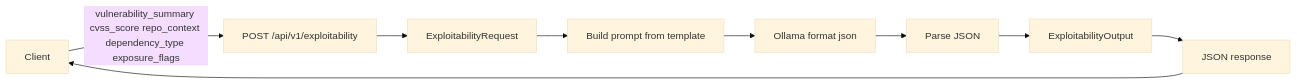
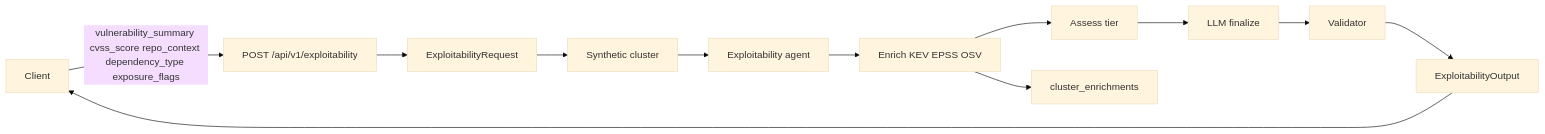
Before and after one commit to protektiq/helion: the sixth of 8 diagrams in data_flow_diagram.md, drawn with Mermaid (base theme). The commit also changed other lines of this file and 26 other files, not shown here.

Commit message:
upgrade exploitability reasoning into a tool-using AI agent that grounds outputs in real signals (KEV/EPSS/OSV/etc.)

````diff
--- a/data_flow_diagram.md
+++ b/data_flow_diagram.md
@@ -148,19 +160,25 @@
 ```mermaid
 flowchart LR
   Client[Client]
   POST[POST /api/v1/exploitability]
   Req[ExploitabilityRequest]
-  Tmpl[Build prompt from template]
-  Ollama[Ollama format json]
-  Parse[Parse JSON]
-  Validate[ExploitabilityOutput]
-  Out[JSON response]
+  Synthetic[Synthetic cluster]
+  Agent[Exploitability agent]
+  Enrich[Enrich KEV EPSS OSV]
+  Assess[Assess tier]
+  LLM[LLM finalize]
+  Validate[Validator]
+  Store[cluster_enrichments]
+  Out[ExploitabilityOutput]
   Client -->|"vulnerability_summary cvss_score repo_context dependency_type exposure_flags"| POST
   POST --> Req
-  Req --> Tmpl
-  Tmpl --> Ollama
-  Ollama --> Parse
-  Parse --> Validate
+  Req --> Synthetic
+  Synthetic --> Agent
+  Agent --> Enrich
+  Enrich --> Store
+  Enrich --> Assess
+  Assess --> LLM
+  LLM --> Validate
   Validate --> Out
   Out --> Client
 ```
````
